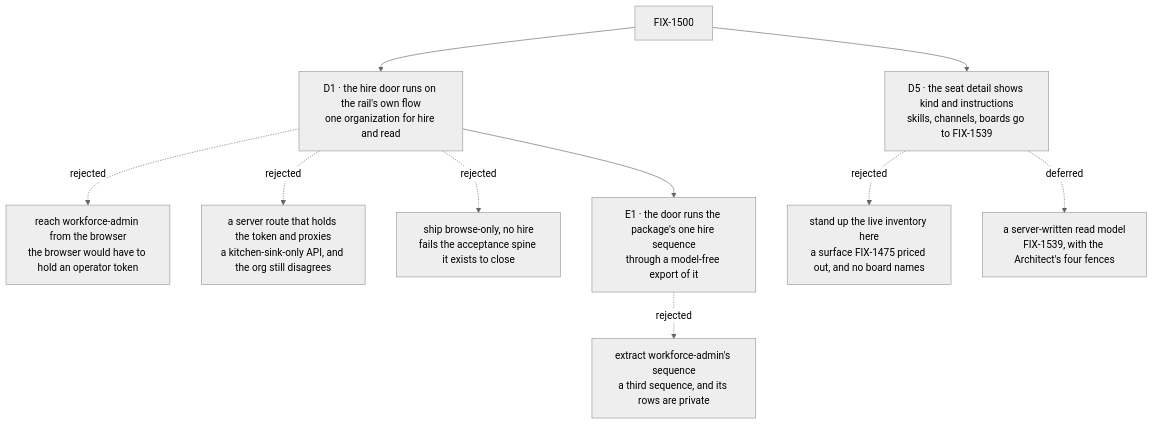
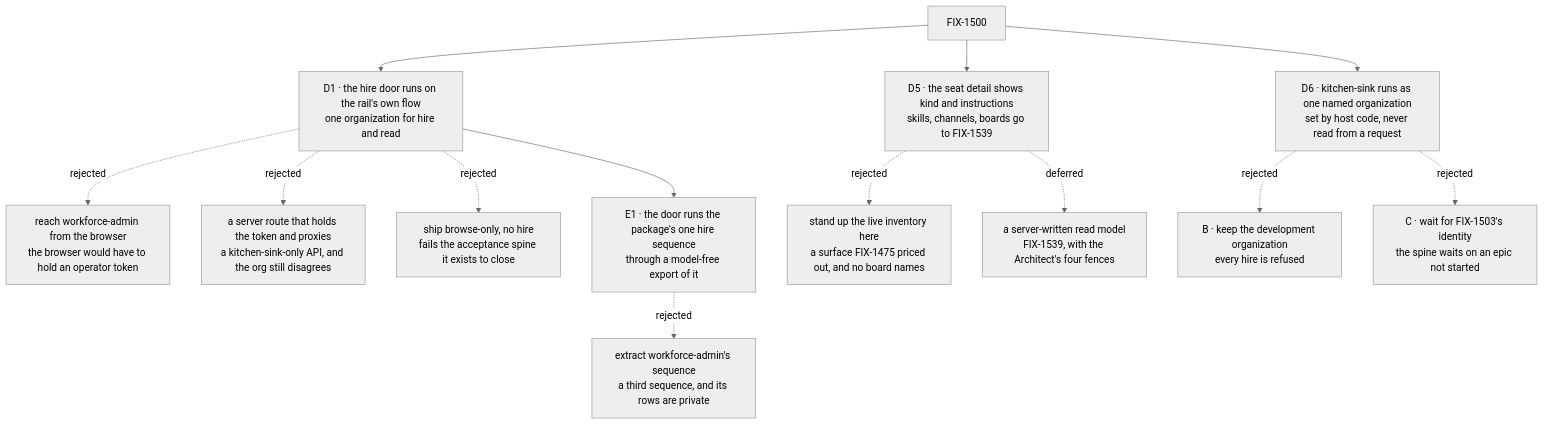
Before and after one commit to fixpoint-labs/flow-state-dev: the diagram in specs/issues/FIX-1500/DECISIONS.md, drawn with Mermaid (neutral theme). The commit also changed other lines of this file and 15 other files, not shown here.

First line of the commit message:
spec(FIX-1500, FIX-1527): amend — kitchen-sink runs as one named organization

````diff
--- a/specs/issues/FIX-1500/DECISIONS.md
+++ b/specs/issues/FIX-1500/DECISIONS.md
@@ -16,12 +17,15 @@
 ```mermaid
 flowchart TD
   I["FIX-1500"] --> D1["D1 · the hire door runs on the rail's own flow<br/>one organization for hire and read"]
   D1 -.->|"rejected"| X1a["reach workforce-admin from the browser<br/>the browser would have to hold an operator token"]
   D1 -.->|"rejected"| X1b["a server route that holds the token and proxies<br/>a kitchen-sink-only API, and the org still disagrees"]
   D1 -.->|"rejected"| X1c["ship browse-only, no hire<br/>fails the acceptance spine it exists to close"]
   D1 --> E1["E1 · the door runs the package's one hire sequence<br/>through a model-free export of it"]
   E1 -.->|"rejected"| XE1["extract workforce-admin's sequence<br/>a third sequence, and its rows are private"]
   I --> D5["D5 · the seat detail shows kind and instructions<br/>skills, channels, boards go to FIX-1539"]
   D5 -.->|"rejected"| X5a["stand up the live inventory here<br/>a surface FIX-1475 priced out, and no board names"]
   D5 -.->|"deferred"| X5b["a server-written read model<br/>FIX-1539, with the Architect's four fences"]
+  I --> D6["D6 · kitchen-sink runs as one named organization<br/>set by host code, never read from a request"]
+  D6 -.->|"rejected"| X6b["B · keep the development organization<br/>every hire is refused"]
+  D6 -.->|"rejected"| X6c["C · wait for FIX-1503's identity<br/>the spine waits on an epic not started"]
 ```
````
